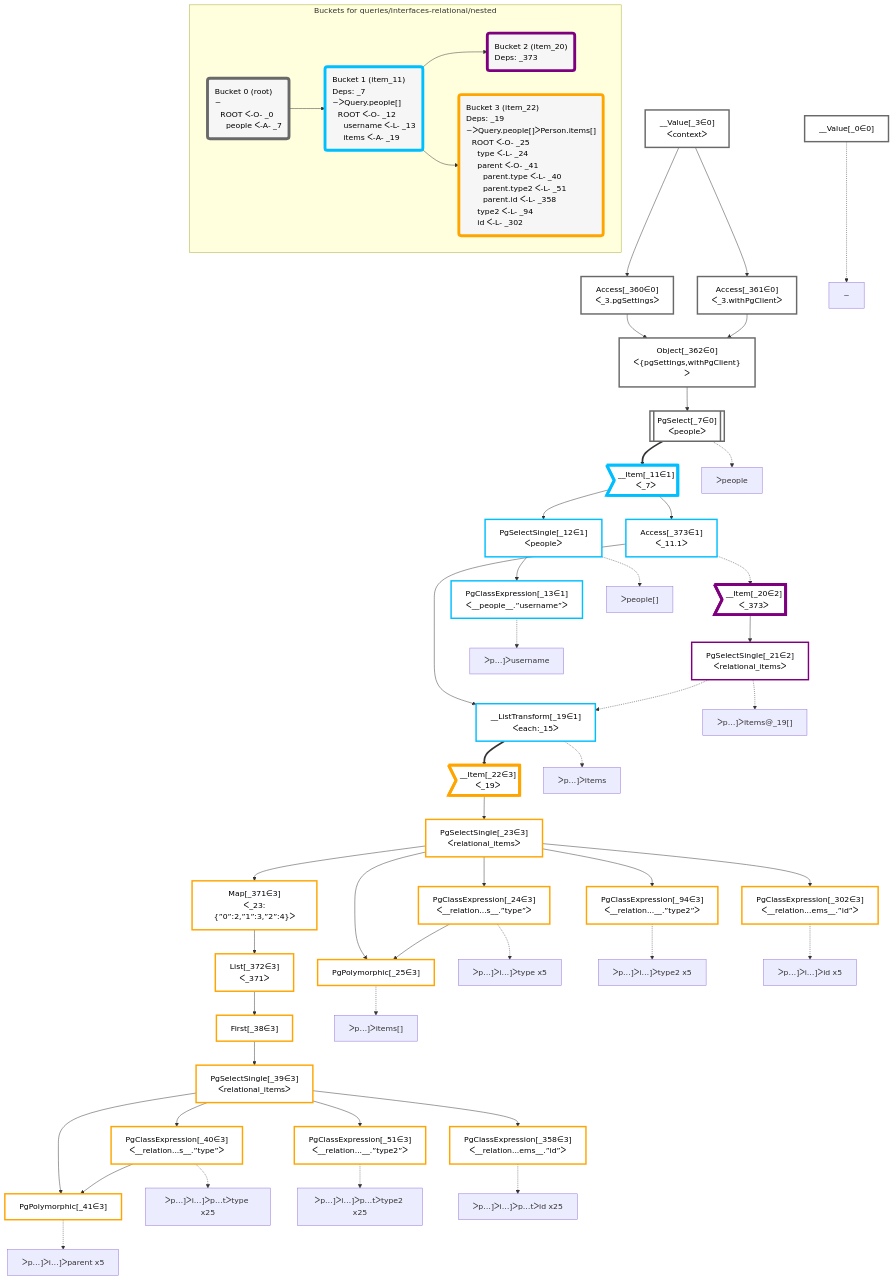
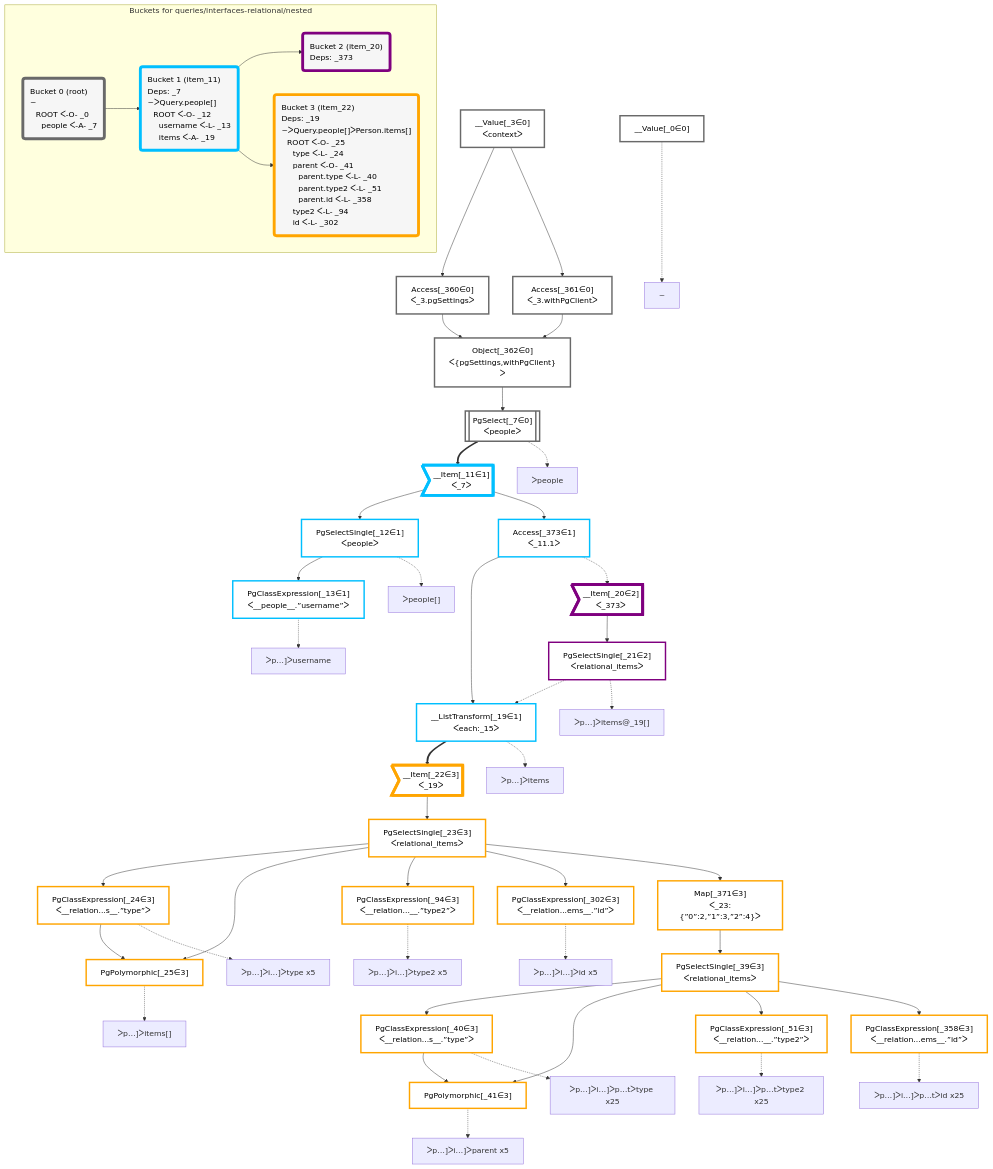
Before and after one commit to graphile/crystal: the diagram in packages/dataplan-pg/__tests__/queries/interfaces-relational/nested.mermaid.md, drawn with Mermaid. The commit also changed 67 other files, not shown here.

```diff
--- a/packages/dataplan-pg/__tests__/queries/interfaces-relational/nested.mermaid.md
+++ b/packages/dataplan-pg/__tests__/queries/interfaces-relational/nested.mermaid.md
@@ -21,7 +21,6 @@
     PgSelectSingle_23["PgSelectSingle[_23∈3]<br />ᐸrelational_itemsᐳ"]:::plan
     PgClassExpression_24["PgClassExpression[_24∈3]<br />ᐸ__relation...s__.”type”ᐳ"]:::plan
     PgPolymorphic_25["PgPolymorphic[_25∈3]"]:::plan
-    First_38["First[_38∈3]"]:::plan
     PgSelectSingle_39["PgSelectSingle[_39∈3]<br />ᐸrelational_itemsᐳ"]:::plan
     PgClassExpression_40["PgClassExpression[_40∈3]<br />ᐸ__relation...s__.”type”ᐳ"]:::plan
     PgPolymorphic_41["PgPolymorphic[_41∈3]"]:::plan
@@ -33,7 +32,6 @@
     Access_361["Access[_361∈0]<br />ᐸ_3.withPgClientᐳ"]:::plan
     Object_362["Object[_362∈0]<br />ᐸ{pgSettings,withPgClient}ᐳ"]:::plan
     Map_371["Map[_371∈3]<br />ᐸ_23:{”0”:2,”1”:3,”2”:4}ᐳ"]:::plan
-    List_372["List[_372∈3]<br />ᐸ_371ᐳ"]:::plan
     Access_373["Access[_373∈1]<br />ᐸ_11.1ᐳ"]:::plan
 
     %% plan dependencies
@@ -50,8 +48,7 @@
     PgSelectSingle_23 --> PgClassExpression_24
     PgSelectSingle_23 --> PgPolymorphic_25
     PgClassExpression_24 --> PgPolymorphic_25
-    List_372 --> First_38
-    First_38 --> PgSelectSingle_39
+    Map_371 --> PgSelectSingle_39
     PgSelectSingle_39 --> PgClassExpression_40
     PgSelectSingle_39 --> PgPolymorphic_41
     PgClassExpression_40 --> PgPolymorphic_41
@@ -64,7 +61,6 @@
     Access_360 --> Object_362
     Access_361 --> Object_362
     PgSelectSingle_23 --> Map_371
-    Map_371 --> List_372
     __Item_11 --> Access_373
 
     %% plan-to-path relationships
@@ -105,7 +101,7 @@
     classDef bucket2 stroke:#7f007f
     class __Item_20,PgSelectSingle_21 bucket2
     classDef bucket3 stroke:#ffa500
-    class __Item_22,PgSelectSingle_23,PgClassExpression_24,PgPolymorphic_25,First_38,PgSelectSingle_39,PgClassExpression_40,PgPolymorphic_41,PgClassExpression_51,PgClassExpression_94,PgClassExpression_302,PgClassExpression_358,Map_371,List_372 bucket3
+    class __Item_22,PgSelectSingle_23,PgClassExpression_24,PgPolymorphic_25,PgSelectSingle_39,PgClassExpression_40,PgPolymorphic_41,PgClassExpression_51,PgClassExpression_94,PgClassExpression_302,PgClassExpression_358,Map_371 bucket3
 
     subgraph "Buckets for queries/interfaces-relational/nested"
     Bucket0("Bucket 0 (root)<br />~<br />⠀ROOT ᐸ-O- _0<br />⠀⠀people ᐸ-A- _7"):::bucket
```
